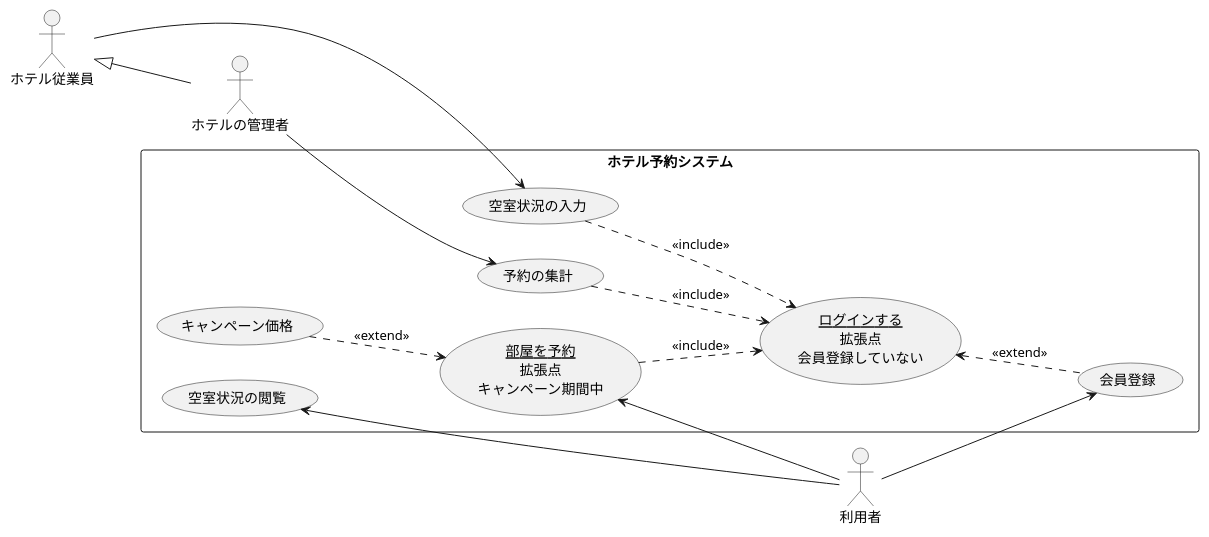
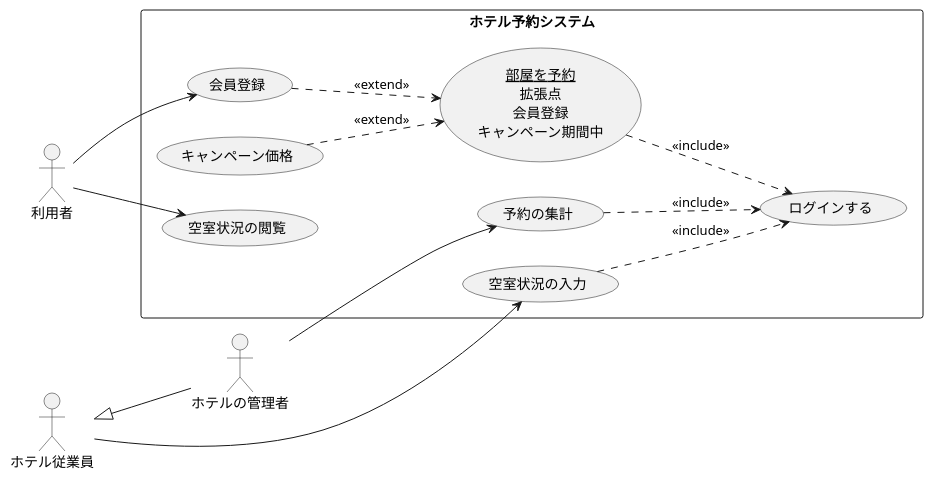
One commit to Nakmura0121/uml-introduction changed the diagram in 演習2-8_UC_ホテル予約システム.pu. Above: the diagram before and after it, drawn with PlantUML. The commit also changed 5 other files, not shown here.

```diff
--- a/演習2-8_UC_ホテル予約システム.pu
+++ b/演習2-8_UC_ホテル予約システム.pu
@@ -1,26 +1,25 @@
 @startuml ホテル予約システム
 left to right direction
 actor 利用者
 actor ホテルの管理者
 actor ホテル従業員
 rectangle  ホテル予約システム{
     usecase 空室状況の閲覧
     usecase 空室状況の入力
     usecase 予約の集計
-    usecase (<u>ログインする</u>\n拡張点\n会員登録していない) as rogin
+    usecase ログインする
     usecase キャンペーン価格
-    usecase (<u>部屋を予約</u>\n拡張点\nキャンペーン期間中) as yoyaku
+    usecase (<u>部屋を予約</u>\n拡張点\n会員登録\nキャンペーン期間中) as yoyaku
     usecase 会員登録
 }
 空室状況の閲覧 <-- 利用者
-yoyaku <-- 利用者
 利用者 --> 会員登録
 ホテル従業員 --> 空室状況の入力
 ホテルの管理者 --> 予約の集計
 ホテル従業員 <|-- ホテルの管理者
-空室状況の入力 ..> rogin : <<include>>
-予約の集計 ..> rogin : <<include>>
+空室状況の入力 ..> ログインする : <<include>>
+予約の集計 ..> ログインする : <<include>>
 キャンペーン価格 ..> yoyaku : <<extend>>
-rogin <.. 会員登録 : <<extend>> 
-yoyaku ..> rogin : <<include>>
+会員登録 ..> yoyaku : <<extend>> 
+yoyaku ..> ログインする : <<include>>
 @enduml
```
